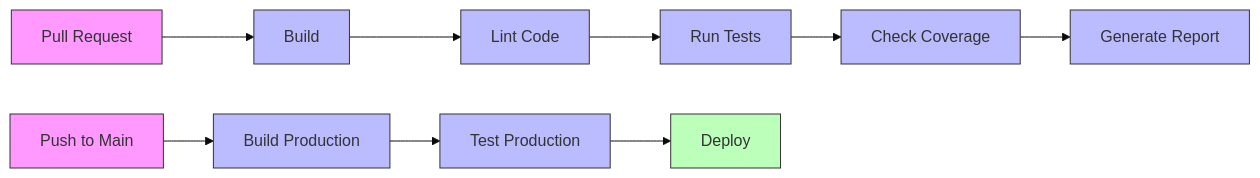
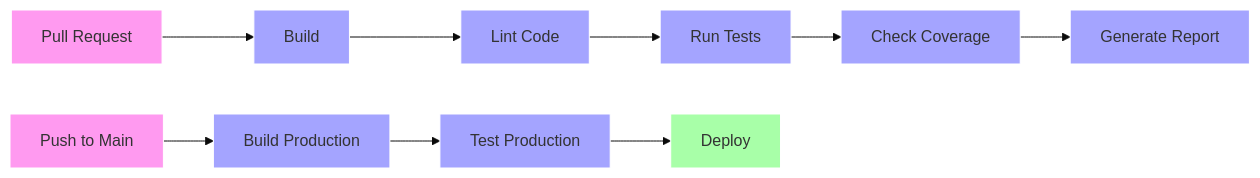
One commit to ohta-rh/go-backend-boilerplate changed the fifth of 6 diagrams in README.md. Above: the diagram before and after it, drawn with Mermaid (base theme). The commit also changed other lines of this file, not shown here.

````diff
--- a/README.md
+++ b/README.md
@@ -264,20 +264,20 @@
 ```mermaid
 flowchart LR
     PR[Pull Request] --> Build[Build]
     Build --> Lint[Lint Code]
     Lint --> Test[Run Tests]
     Test --> Coverage[Check Coverage]
     Coverage --> Report[Generate Report]
     
     Push[Push to Main] --> BuildProd[Build Production]
     BuildProd --> TestProd[Test Production]
     TestProd --> Deploy[Deploy]
     
-    classDef trigger fill:#f9f,stroke:#333,stroke-width:1px;
-    classDef process fill:#bbf,stroke:#333,stroke-width:1px;
-    classDef deploy fill:#bfb,stroke:#333,stroke-width:1px;
+    classDef trigger fill:#ff9af0,stroke:#fff,stroke-width:1px;
+    classDef process fill:#a4a4ff,stroke:#fff,stroke-width:1px;
+    classDef deploy fill:#a8ffa8,stroke:#fff,stroke-width:1px;
     
     class PR,Push trigger;
     class Build,Lint,Test,Coverage,Report,BuildProd,TestProd process;
     class Deploy deploy;
 ```
````
